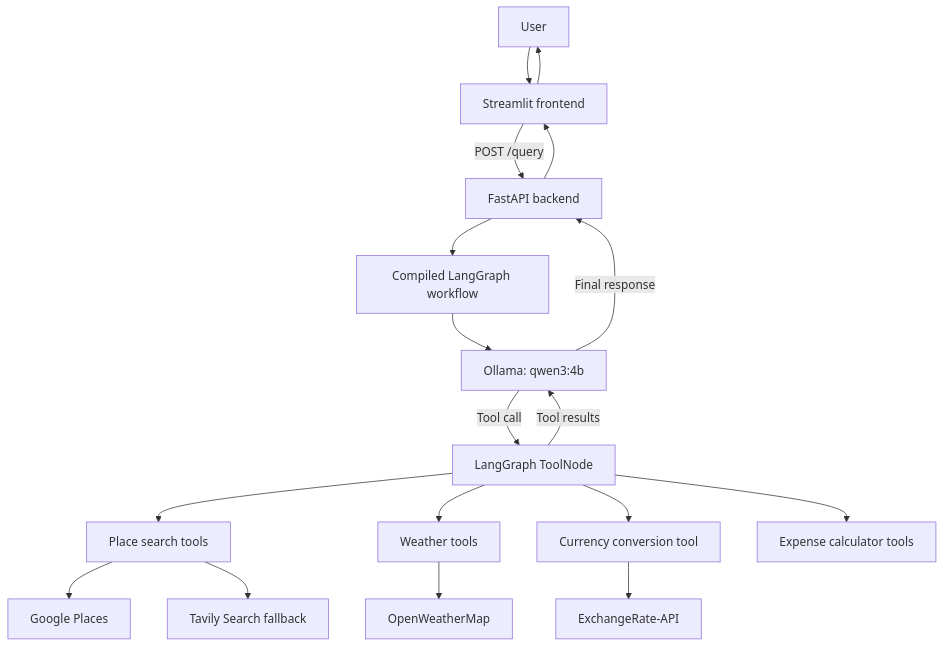
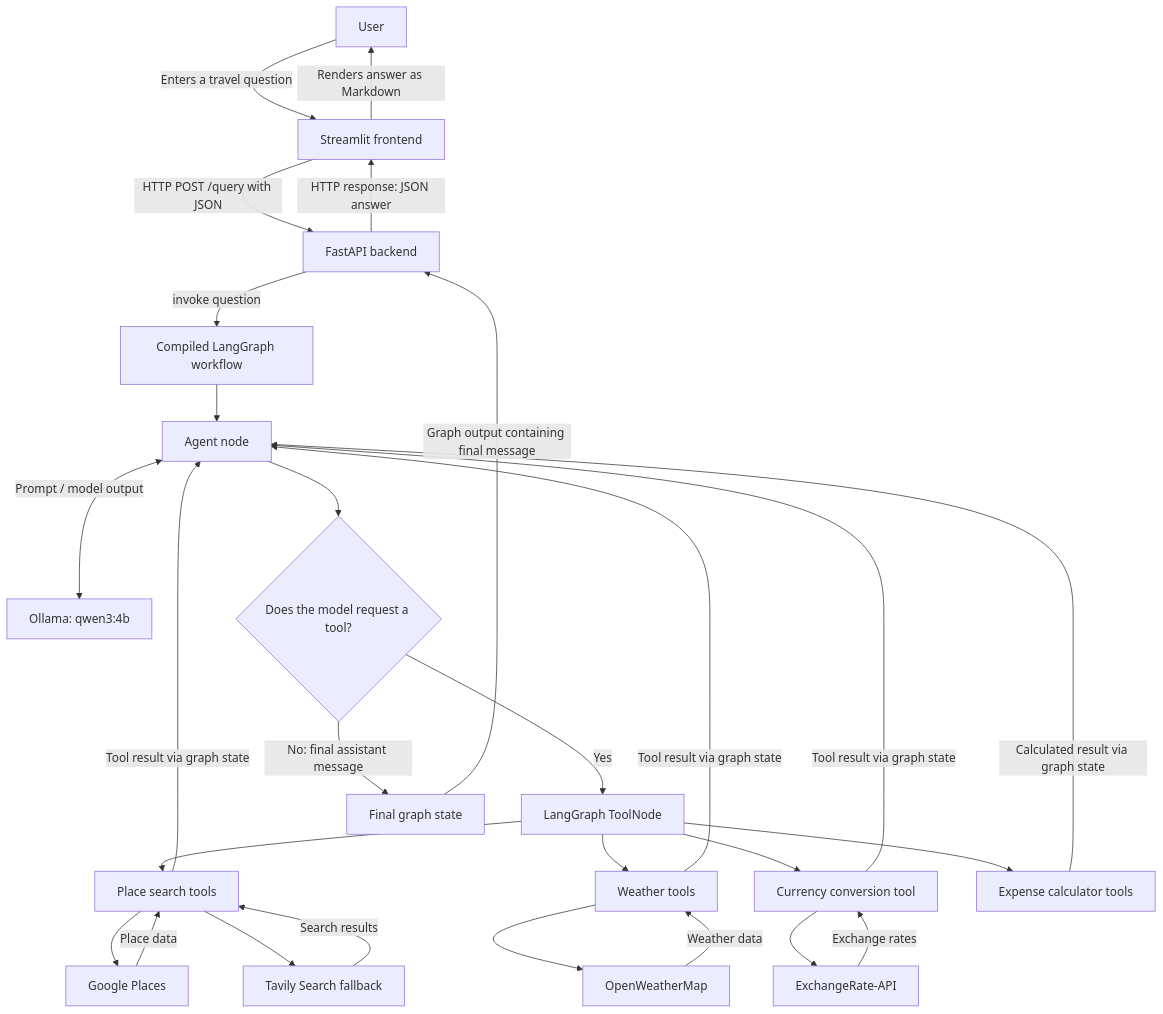
Before and after one commit to soorajInsights/trip_planner_agent: the diagram in README.md, drawn with Mermaid. The commit also changed other lines of this file and 1 other file, not shown here.

````diff
--- a/README.md
+++ b/README.md
@@ -56,20 +56,33 @@
 ```mermaid
 flowchart TD
-    U[User] --> UI[Streamlit frontend]
-    UI -->|POST /query| API[FastAPI backend]
-    API --> AG[Compiled LangGraph workflow]
-    AG --> LLM[Ollama: qwen3:4b]
-    LLM -->|Tool call| TN[LangGraph ToolNode]
+    U[User] -->|Enters a travel question| UI[Streamlit frontend]
+    UI -->|HTTP POST /query with JSON| API[FastAPI backend]
+    API -->|invoke question| G[Compiled LangGraph workflow]
+
+    G --> A[Agent node]
+    A <-->|Prompt / model output| LLM[Ollama: qwen3:4b]
+    A --> R{Does the model request a tool?}
+    R -->|Yes| TN[LangGraph ToolNode]
+    R -->|No: final assistant message| F[Final graph state]
+
     TN --> PS[Place search tools]
-    TN --> WS[Weather tools]
-    TN --> CC[Currency conversion tool]
-    TN --> EC[Expense calculator tools]
+    TN --> W[Weather tools]
+    TN --> C[Currency conversion tool]
+    TN --> E[Expense calculator tools]
     PS --> GP[Google Places]
     PS --> TV[Tavily Search fallback]
-    WS --> OW[OpenWeatherMap]
-    CC --> ER[ExchangeRate-API]
-    TN -->|Tool results| LLM
-    LLM -->|Final response| API
-    API --> UI
-    UI --> U
+    W --> OW[OpenWeatherMap]
+    C --> ER[ExchangeRate-API]
+    GP -->|Place data| PS
+    TV -->|Search results| PS
+    OW -->|Weather data| W
+    ER -->|Exchange rates| C
+    PS -->|Tool result via graph state| A
+    W -->|Tool result via graph state| A
+    C -->|Tool result via graph state| A
+    E -->|Calculated result via graph state| A
+
+    F -->|Graph output containing final message| API
+    API -->|HTTP response: JSON answer| UI
+    UI -->|Renders answer as Markdown| U
 ```
````
